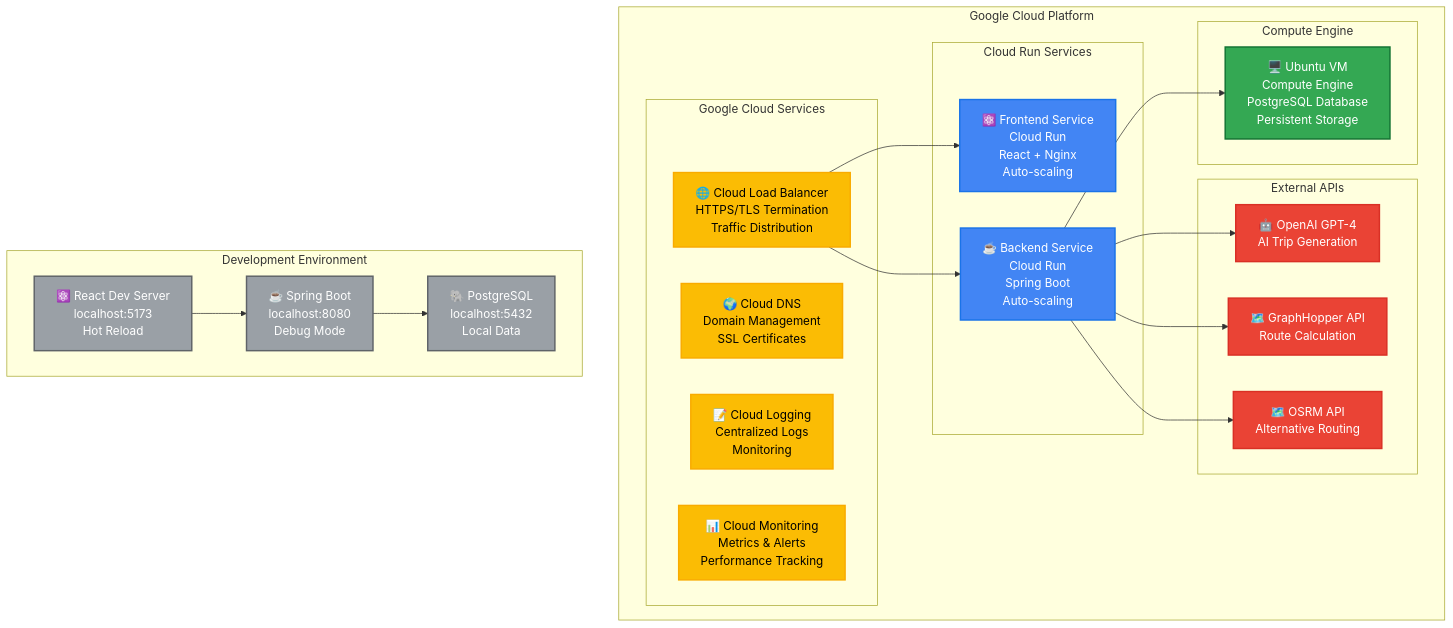
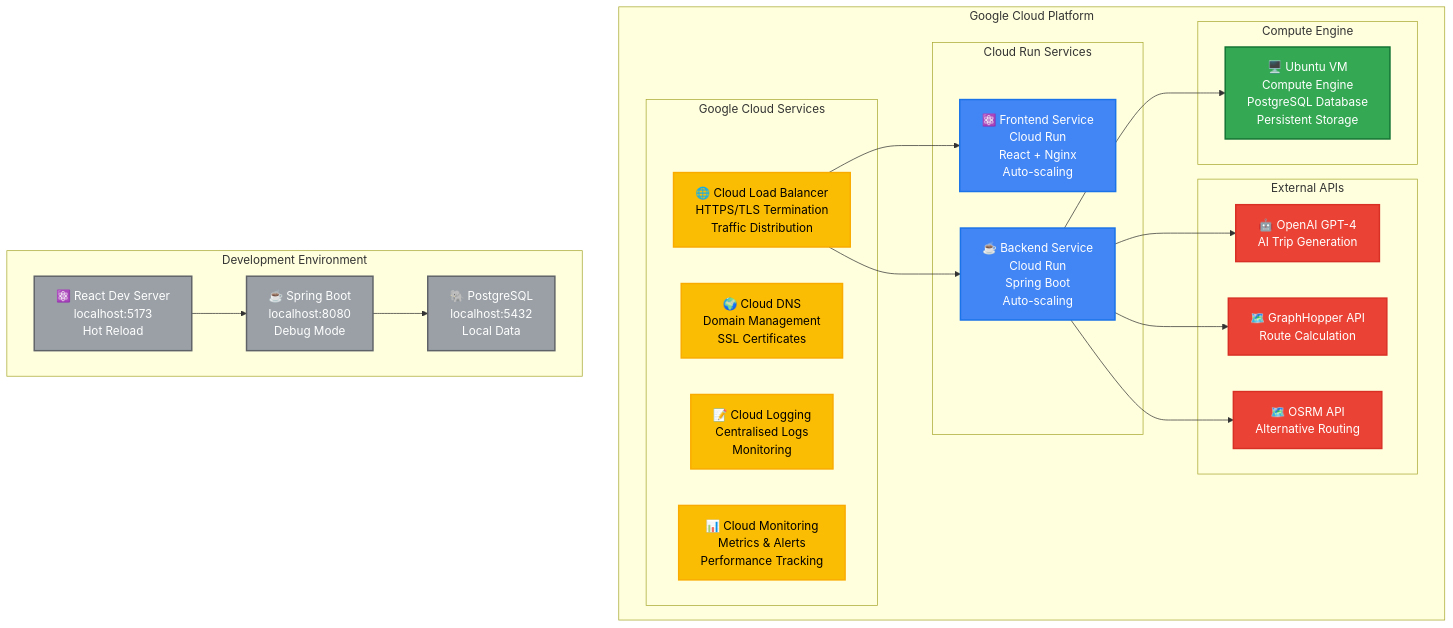
The fifth of 8 diagrams in README.md (adendl/roadtrip-ai), drawn with Mermaid before and after one commit. The commit also changed other lines of this file, not shown here.

````diff
--- a/README.md
+++ b/README.md
@@ -311,57 +311,57 @@
 ```mermaid
 graph TB
     subgraph "Google Cloud Platform"
         subgraph "Cloud Run Services"
             FrontendService["⚛️ Frontend Service<br/>Cloud Run<br/>React + Nginx<br/>Auto-scaling"]
             BackendService["☕ Backend Service<br/>Cloud Run<br/>Spring Boot<br/>Auto-scaling"]
         end
         
         subgraph "Compute Engine"
             UbuntuVM["🖥️ Ubuntu VM<br/>Compute Engine<br/>PostgreSQL Database<br/>Persistent Storage"]
         end
         
         subgraph "External APIs"
             OpenAI["🤖 OpenAI GPT-4<br/>AI Trip Generation"]
             GraphHopper["🗺️ GraphHopper API<br/>Route Calculation"]
             OSRM["🗺️ OSRM API<br/>Alternative Routing"]
         end
         
         subgraph "Google Cloud Services"
             LoadBalancer["🌐 Cloud Load Balancer<br/>HTTPS/TLS Termination<br/>Traffic Distribution"]
             CloudDNS["🌍 Cloud DNS<br/>Domain Management<br/>SSL Certificates"]
-            CloudLogging["📝 Cloud Logging<br/>Centralized Logs<br/>Monitoring"]
+            CloudLogging["📝 Cloud Logging<br/>Centralised Logs<br/>Monitoring"]
             CloudMonitoring["📊 Cloud Monitoring<br/>Metrics & Alerts<br/>Performance Tracking"]
         end
     end
     
     subgraph "Development Environment"
         DevFrontend["⚛️ React Dev Server<br/>localhost:5173<br/>Hot Reload"]
         DevBackend["☕ Spring Boot<br/>localhost:8080<br/>Debug Mode"]
         DevDatabase["🐘 PostgreSQL<br/>localhost:5432<br/>Local Data"]
     end
     
     %% Production Flow
     LoadBalancer --> FrontendService
     LoadBalancer --> BackendService
     BackendService --> UbuntuVM
     BackendService --> OpenAI
     BackendService --> GraphHopper
     BackendService --> OSRM
     
     %% Development Flow
     DevFrontend --> DevBackend
     DevBackend --> DevDatabase
     
     %% Styling
     classDef cloudRun fill:#4285f4,stroke:#1a73e8,stroke-width:2px,color:#fff
     classDef computeEngine fill:#34a853,stroke:#137333,stroke-width:2px,color:#fff
     classDef external fill:#ea4335,stroke:#d93025,stroke-width:2px,color:#fff
     classDef cloudServices fill:#fbbc04,stroke:#f9ab00,stroke-width:2px,color:#000
     classDef development fill:#9aa0a6,stroke:#5f6368,stroke-width:2px,color:#fff
     
     class FrontendService,BackendService cloudRun
     class UbuntuVM computeEngine
     class OpenAI,GraphHopper,OSRM external
     class LoadBalancer,CloudDNS,CloudLogging,CloudMonitoring cloudServices
     class DevFrontend,DevBackend,DevDatabase development
 ```
````
